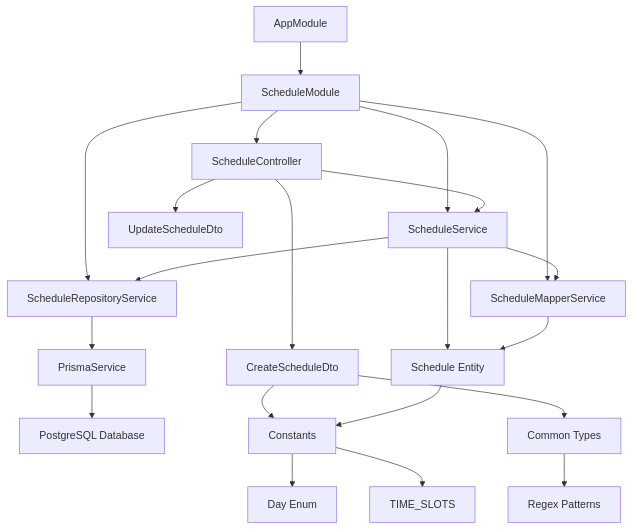
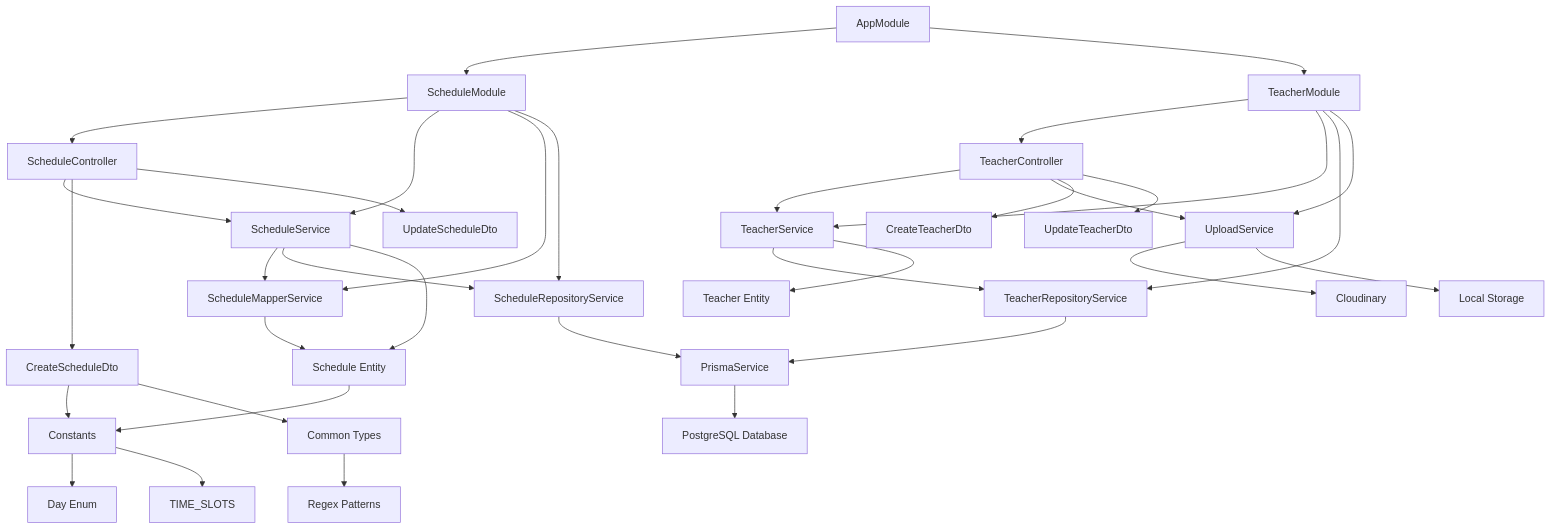
Before and after one commit to Joselay/jose-backend: the diagram in .cursor/memory-bank/systemPatterns.md, drawn with Mermaid. The commit also changed other lines of this file and 4 other files, not shown here.

First line of the commit message:
feat: implement teacher management and file storage enhancements

````diff
--- a/.cursor/memory-bank/systemPatterns.md
+++ b/.cursor/memory-bank/systemPatterns.md
@@ -106,23 +138,47 @@
 ```mermaid
 graph TD
     A[AppModule] --> B[ScheduleModule]
+    A --> T[TeacherModule]
+
     B --> C[ScheduleController]
     B --> D[ScheduleService]
     B --> M[ScheduleMapperService]
     B --> N[ScheduleRepositoryService]
+
+    T --> TC[TeacherController]
+    T --> TS[TeacherService]
+    T --> TR[TeacherRepositoryService]
+    T --> US[UploadService]
+
     C --> D
     D --> M
     D --> N
+
+    TC --> TS
+    TC --> US
+    TS --> TR
+
     N --> E[PrismaService]
+    TR --> E
     E --> F[PostgreSQL Database]
+
     C --> G[CreateScheduleDto]
     C --> H[UpdateScheduleDto]
+
+    TC --> TCD[CreateTeacherDto]
+    TC --> TUD[UpdateTeacherDto]
+
     D --> I[Schedule Entity]
+    TS --> TE[Teacher Entity]
+
     M --> I
     G --> J[Constants]
     I --> J
     J --> K[Day Enum]
     J --> L[TIME_SLOTS]
     G --> O[Common Types]
     O --> P[Regex Patterns]
+
+    US --> CL[Cloudinary]
+    US --> LS[Local Storage]
 ```
````
